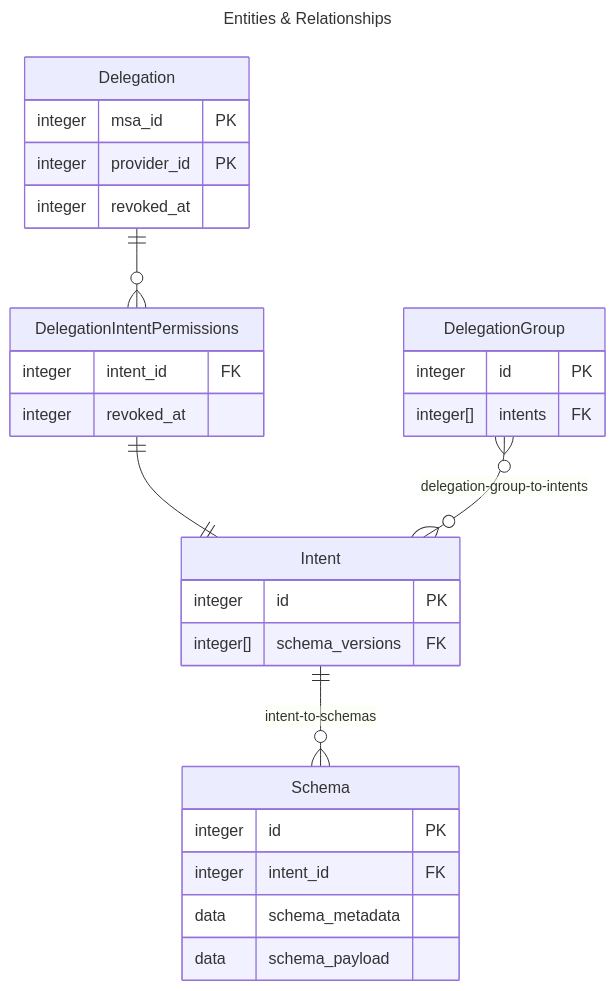
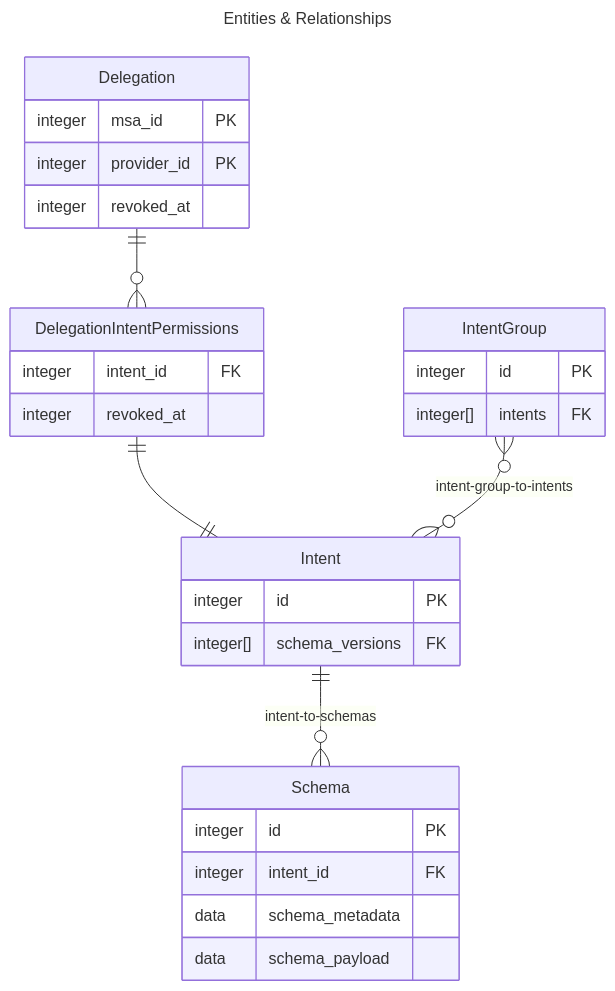
Before and after one commit to frequency-chain/frequency: the second of 3 diagrams in designdocs/schemas_protocols_intents.md, drawn with Mermaid. The commit also changed other lines of this file and 144 other files, not shown here.

First line of the commit message:
feat: updated Schemas and Intents (#2552)

````diff
--- a/designdocs/schemas_protocols_intents.md
+++ b/designdocs/schemas_protocols_intents.md
@@ -71,34 +76,34 @@
 ```mermaid
 ---
 title: "Entities & Relationships"
 ---
 erDiagram
     Intent {
         integer id PK
         integer[] schema_versions FK
     }
     Delegation {
         integer msa_id PK
         integer provider_id PK
         integer revoked_at
     }
     DelegationIntentPermissions {
         integer intent_id FK
         integer revoked_at
     }
-    DelegationGroup {
+    IntentGroup {
         integer id PK
         integer[] intents FK
     }
     Schema {
         integer id PK
         integer intent_id FK
         data schema_metadata
         data schema_payload
     }
 
     Intent ||--o{ Schema: "intent-to-schemas"
     Delegation ||--o{ DelegationIntentPermissions: ""
     DelegationIntentPermissions ||--|| Intent: ""
-    DelegationGroup }o--o{ Intent: "delegation-group-to-intents"
+    IntentGroup }o--o{ Intent: "intent-group-to-intents"
 ```
````
